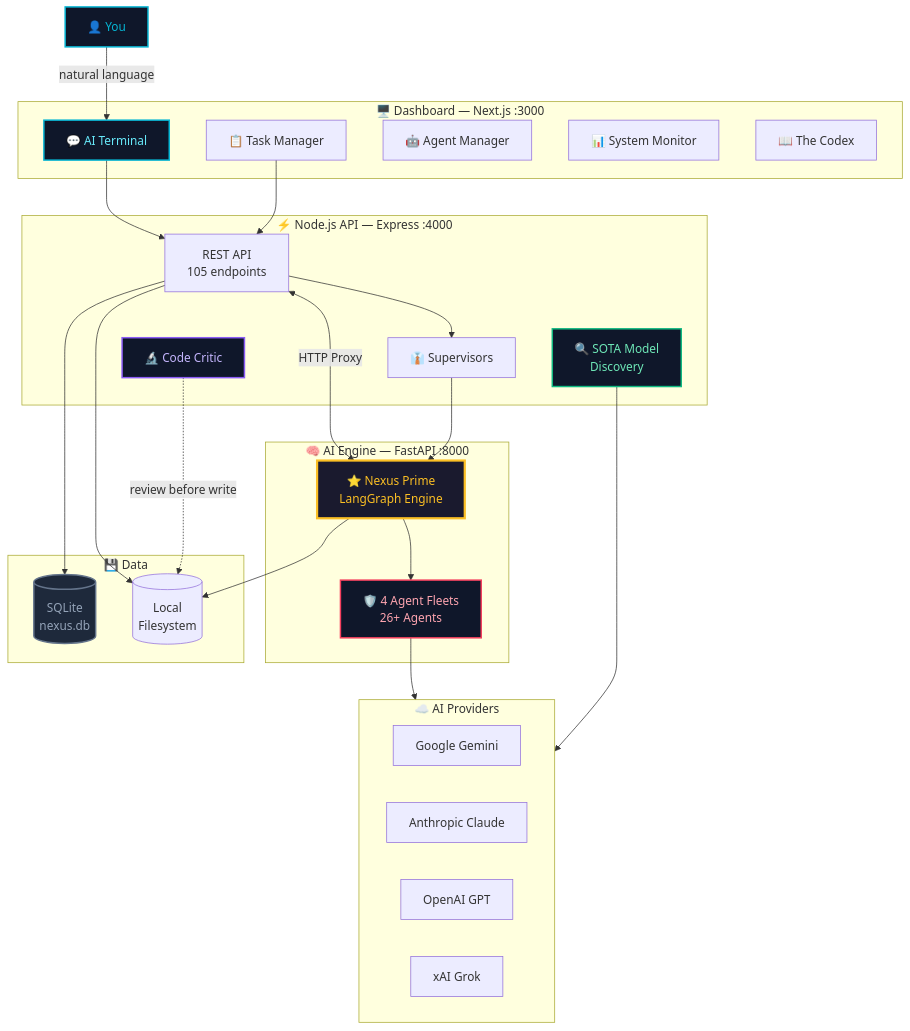
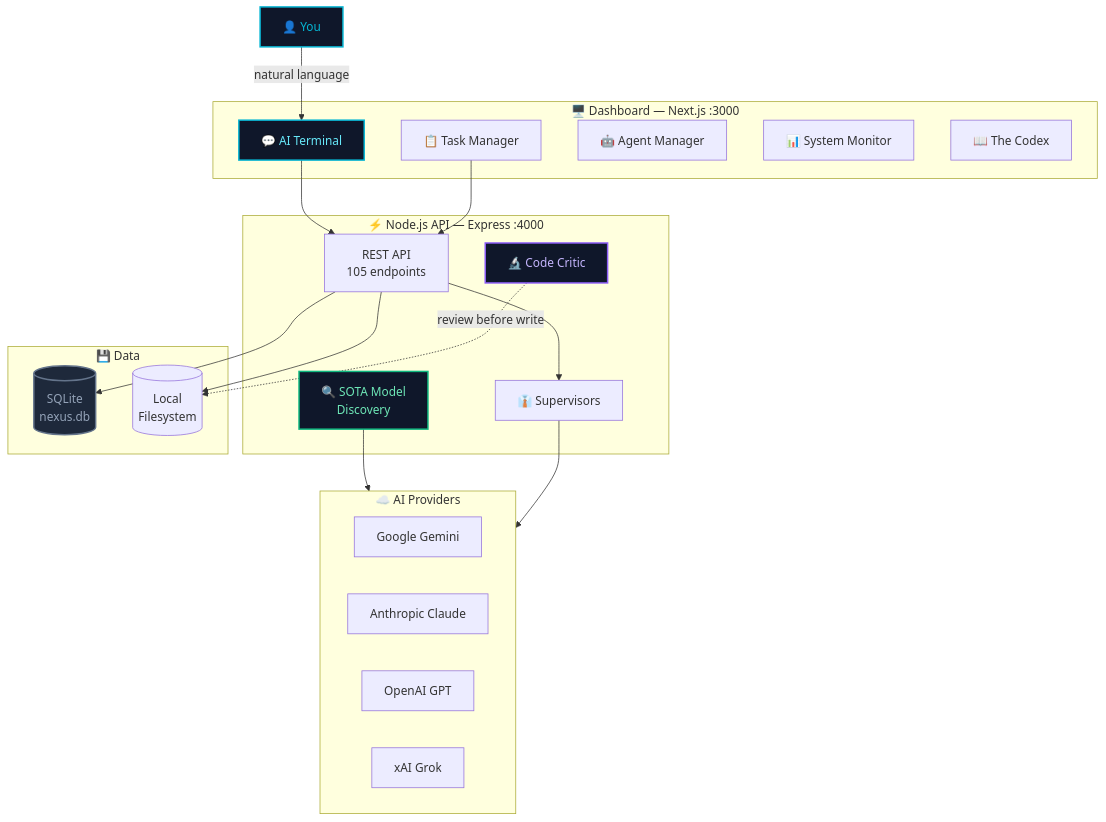
Before and after one commit to VibeShiftAI/TheNexus: the first of 3 diagrams in README.md, drawn with Mermaid. The commit also changed other lines of this file and 654 other files, not shown here.

````diff
--- a/README.md
+++ b/README.md
@@ -39,57 +38,46 @@
 ```mermaid
 graph TD
     User["👤 You"] -->|natural language| Terminal
 
     subgraph Frontend ["🖥️ Dashboard — Next.js :3000"]
         Terminal["💬 AI Terminal"]
         Tasks["📋 Task Manager"]
         Agents["🤖 Agent Manager"]
         Monitor["📊 System Monitor"]
         Codex["📖 The Codex"]
     end
 
     subgraph Backend ["⚡ Node.js API — Express :4000"]
         REST["REST API\n105 endpoints"]
         Discovery["🔍 SOTA Model\nDiscovery"]
         Critic["🔬 Code Critic"]
         Supervisor["👔 Supervisors"]
     end
 
-    subgraph Engine ["🧠 AI Engine — FastAPI :8000"]
-        LangGraph["⭐ Nexus Prime\nLangGraph Engine"]
-        Fleets["🛡️ 4 Agent Fleets\n26+ Agents"]
-    end
-
     subgraph Persistence ["💾 Data"]
         DB[("SQLite\nnexus.db")]
         FS[("Local\nFilesystem")]
     end
 
     subgraph Providers ["☁️ AI Providers"]
         Gemini["Google Gemini"]
         Claude["Anthropic Claude"]
         GPT["OpenAI GPT"]
         Grok["xAI Grok"]
     end
 
     Terminal --> REST
     Tasks --> REST
     REST --> Supervisor
-    REST <-->|HTTP Proxy| LangGraph
-    Supervisor --> LangGraph
-    LangGraph --> Fleets
-    Fleets --> Providers
     Discovery --> Providers
+    Supervisor --> Providers
     REST --> DB
     REST --> FS
-    LangGraph --> FS
     Critic -.->|review before write| FS
 
     style User fill:#0f172a,stroke:#06b6d4,stroke-width:2px,color:#06b6d4
     style Terminal fill:#0f172a,stroke:#06b6d4,stroke-width:2px,color:#67e8f9
-    style LangGraph fill:#1a1a2e,stroke:#fbbf24,stroke-width:3px,color:#fbbf24
-    style Fleets fill:#0f172a,stroke:#f43f5e,stroke-width:2px,color:#fda4af
     style Discovery fill:#0f172a,stroke:#10b981,stroke-width:2px,color:#6ee7b7
     style Critic fill:#0f172a,stroke:#8b5cf6,stroke-width:2px,color:#c4b5fd
     style DB fill:#1e293b,stroke:#64748b,stroke-width:2px,color:#94a3b8
 ```
````
